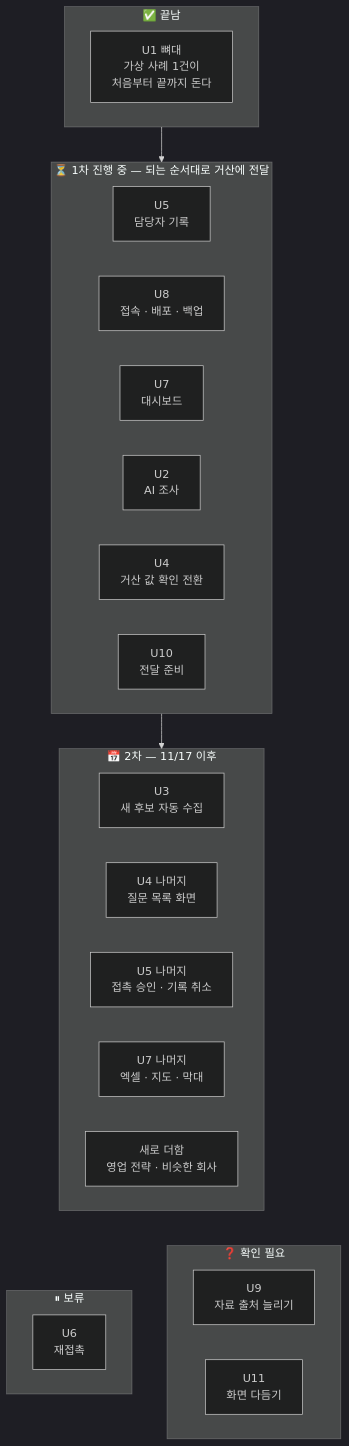
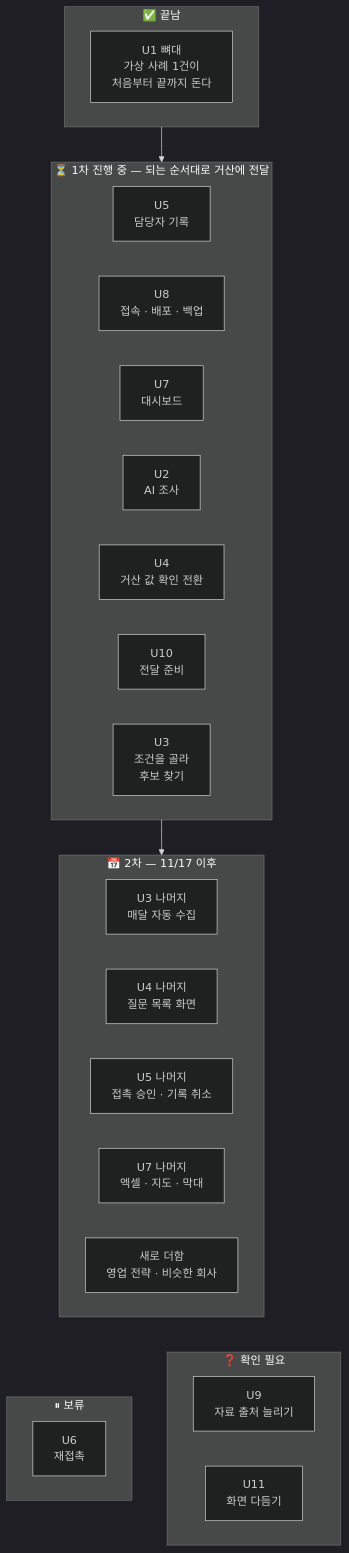
Before and after one commit to agent-ddalgi-team/final-geosan: the second of 2 diagrams in docs/map/README.md, drawn with Mermaid (dark theme). The commit also changed other lines of this file and 3 other files, not shown here.

````diff
--- a/docs/map/README.md
+++ b/docs/map/README.md
@@ -50,31 +50,32 @@
 ```mermaid
 flowchart TB
     subgraph DONE["✅ 끝남"]
         U1["U1 뼈대<br/>가상 사례 1건이<br/>처음부터 끝까지 돈다"]
     end
     subgraph NOW["⏳ 1차 진행 중 — 되는 순서대로 거산에 전달"]
         U5["U5<br/>담당자 기록"]
         U8["U8<br/>접속 · 배포 · 백업"]
         U7["U7<br/>대시보드"]
         U2["U2<br/>AI 조사"]
         U4["U4<br/>거산 값 확인 전환"]
         U10["U10<br/>전달 준비"]
+        U3["U3<br/>조건을 골라<br/>후보 찾기"]
     end
     subgraph NEXT["📅 2차 — 11/17 이후"]
-        U3["U3<br/>새 후보 자동 수집"]
+        X0["U3 나머지<br/>매달 자동 수집"]
         X1["U4 나머지<br/>질문 목록 화면"]
         X2["U5 나머지<br/>접촉 승인 · 기록 취소"]
         X3["U7 나머지<br/>엑셀 · 지도 · 막대"]
         X4["새로 더함<br/>영업 전략 · 비슷한 회사"]
     end
     subgraph HOLD["⏸ 보류"]
         U6["U6<br/>재접촉"]
     end
     subgraph ASK["❓ 확인 필요"]
         U9["U9<br/>자료 출처 늘리기"]
         U11["U11<br/>화면 다듬기"]
     end
     DONE --> NOW --> NEXT
     NEXT ~~~ HOLD
     NEXT ~~~ ASK
 ```
````
